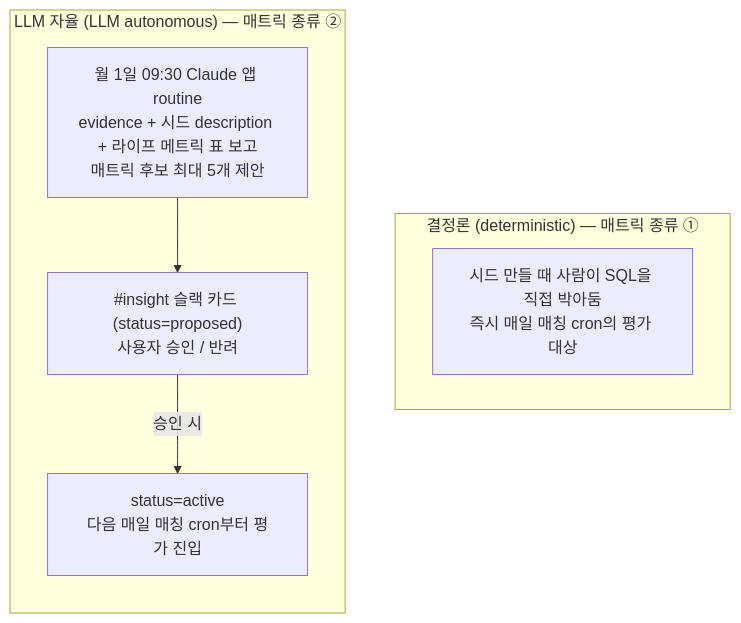
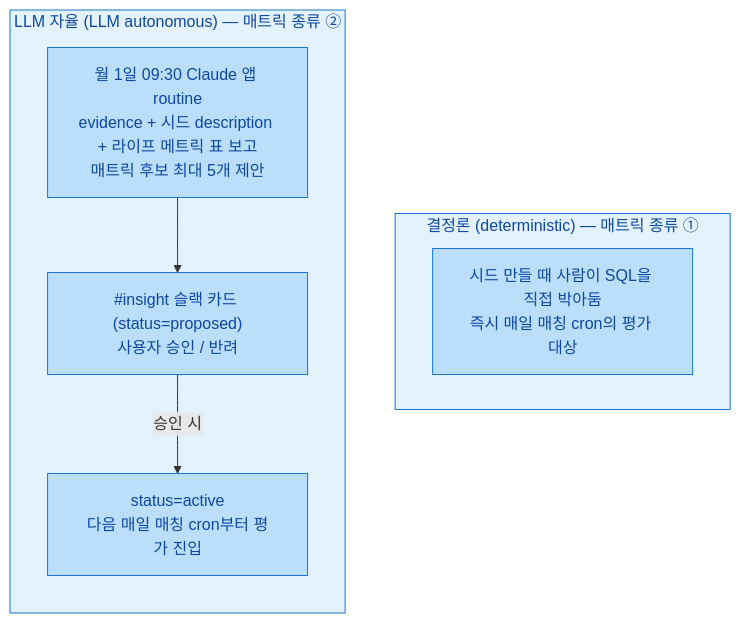
One commit to hyewon3938/slack-ai-agents changed the eighth of 9 diagrams in docs/explainers/insight-v2.md. Above: the diagram before and after it, drawn with Mermaid. The commit also changed other lines of this file, not shown here.

````diff
--- a/docs/explainers/insight-v2.md
+++ b/docs/explainers/insight-v2.md
@@ -354,15 +383,20 @@
 ```mermaid
 flowchart TB
   subgraph DET["결정론 (deterministic) — 매트릭 종류 ①"]
     DET1["시드 만들 때 사람이 SQL을 직접 박아둠<br/>즉시 매일 매칭 cron의 평가 대상"]
   end
 
   subgraph LLM["LLM 자율 (LLM autonomous) — 매트릭 종류 ②"]
     direction TB
     L1["월 1일 09:30 Claude 앱 routine<br/>evidence + 시드 description + 라이프 메트릭 표 보고<br/>매트릭 후보 최대 5개 제안"]
     L2["#insight 슬랙 카드 (status=proposed)<br/>사용자 승인 / 반려"]
     L3["status=active<br/>다음 매일 매칭 cron부터 평가 진입"]
     L1 --> L2
     L2 -- 승인 시 --> L3
   end
+
+  classDef metricBox fill:#e3f2fd,stroke:#1976d2,color:#0d47a1
+  classDef metricNode fill:#bbdefb,stroke:#1976d2,color:#0d47a1
+  class DET,LLM metricBox
+  class DET1,L1,L2,L3 metricNode
 ```
````
